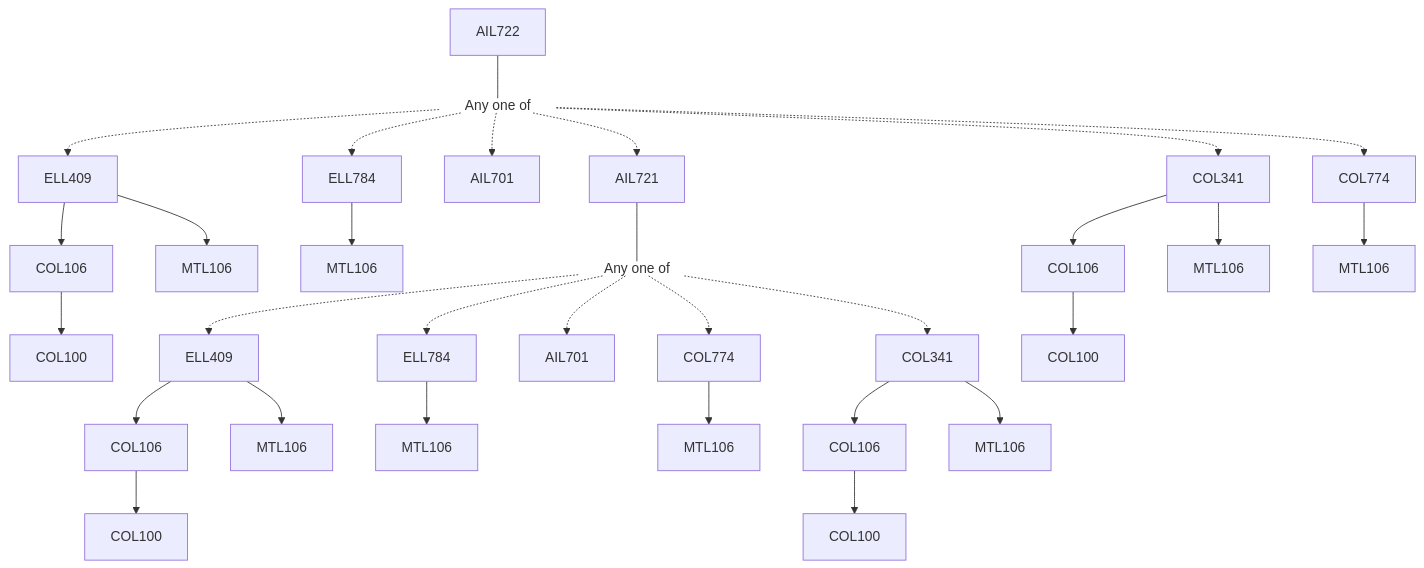
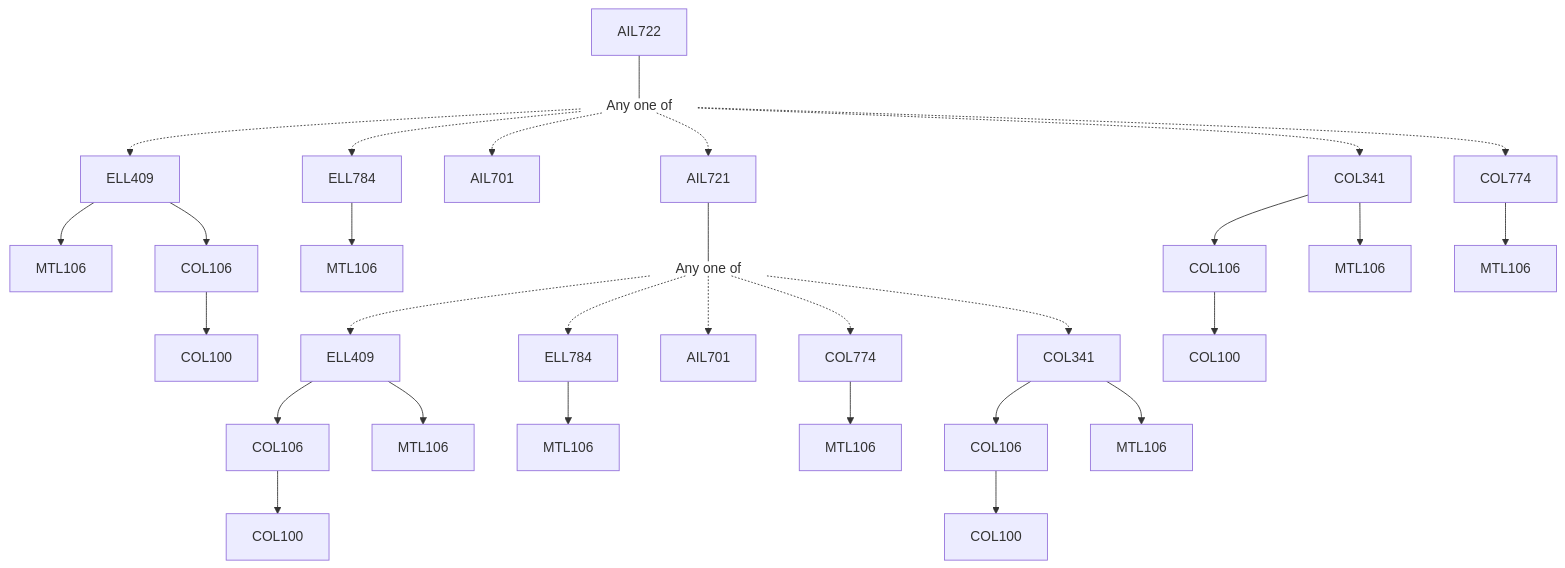
Before and after one commit to KeshavBansal0122/CoS_Website: the diagram in content/School of Artificial Intelligence/AIL722.md, drawn with Mermaid. The commit also changed other lines of this file and 2662 other files, not shown here.

````diff
--- a/content/School of Artificial Intelligence/AIL722.md
+++ b/content/School of Artificial Intelligence/AIL722.md
@@ -15,36 +15,36 @@
 ```mermaid
 flowchart TD
 AIL722-1242[AIL722]
 AIL722-1242 --- Or1243[Any one of]:::empty
+ELL409-1244 --> MTL106-1244[MTL106]
 COL106-1244 --> COL100-1244[COL100]
-ELL409-1244 --> MTL106-1244[MTL106]
+ELL409-1244 --> COL106-1244[COL106]
 Or1243 -.-> ELL409-1244[ELL409]
-ELL409-1244 --> COL106-1244[COL106]
 ELL784-1245 --> MTL106-1245[MTL106]
 Or1243 -.-> ELL784-1245[ELL784]
 Or1243 -.-> AIL701-1246[AIL701]
+Or1243 -.-> AIL721-1247[AIL721]
 AIL721-1247 --- Or1248[Any one of]:::empty
+ELL409-1249 --> COL106-1249[COL106]
 COL106-1249 --> COL100-1249[COL100]
 ELL409-1249 --> MTL106-1249[MTL106]
-ELL409-1249 --> COL106-1249[COL106]
 Or1248 -.-> ELL409-1249[ELL409]
+Or1248 -.-> ELL784-1250[ELL784]
 ELL784-1250 --> MTL106-1250[MTL106]
-Or1248 -.-> ELL784-1250[ELL784]
 Or1248 -.-> AIL701-1251[AIL701]
 COL774-1252 --> MTL106-1252[MTL106]
 Or1248 -.-> COL774-1252[COL774]
 COL106-1253 --> COL100-1253[COL100]
+COL341-1253 --> MTL106-1253[MTL106]
 COL341-1253 --> COL106-1253[COL106]
 Or1248 -.-> COL341-1253[COL341]
-COL341-1253 --> MTL106-1253[MTL106]
-Or1243 -.-> AIL721-1247[AIL721]
+COL341-1254 --> COL106-1254[COL106]
+Or1243 -.-> COL341-1254[COL341]
+COL341-1254 --> MTL106-1254[MTL106]
 COL106-1254 --> COL100-1254[COL100]
-Or1243 -.-> COL341-1254[COL341]
-COL341-1254 --> COL106-1254[COL106]
-COL341-1254 --> MTL106-1254[MTL106]
 COL774-1255 --> MTL106-1255[MTL106]
 Or1243 -.-> COL774-1255[COL774]
 
 classDef empty height:17px, fill:transparent, stroke:transparent;
 classDef trueEmpty height:0px, width:0px;
 ```
````
